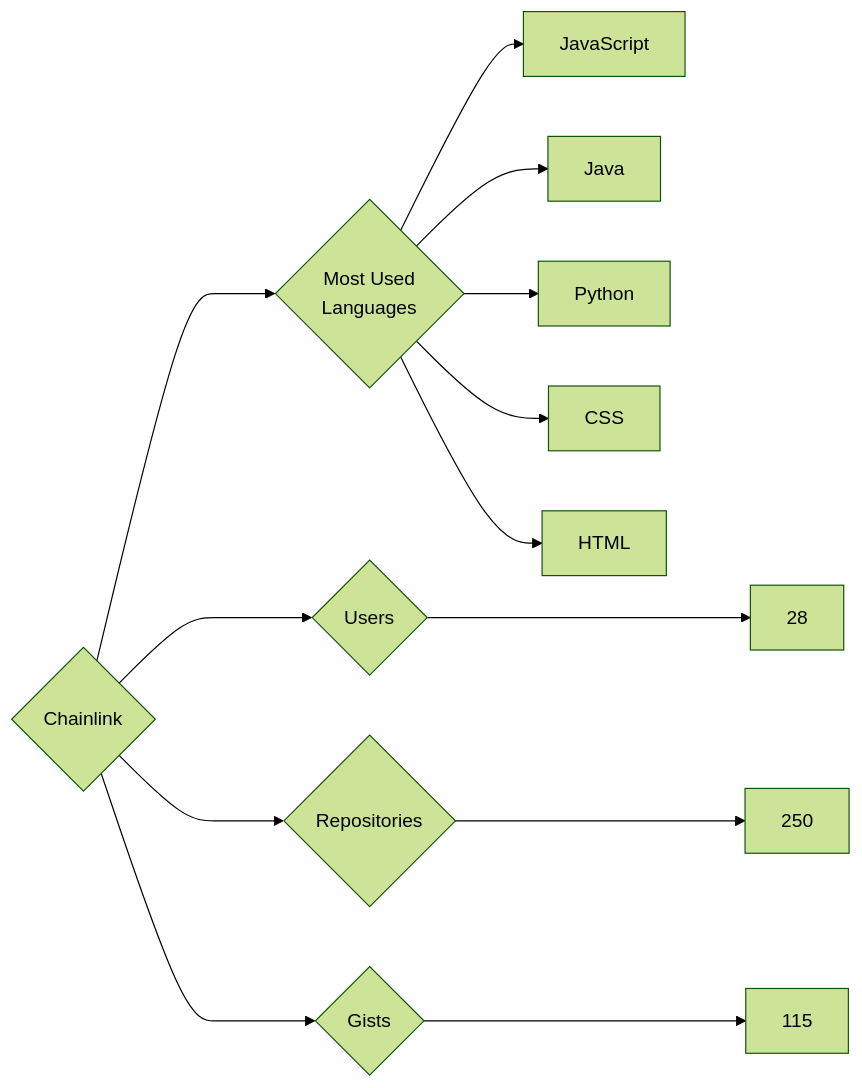
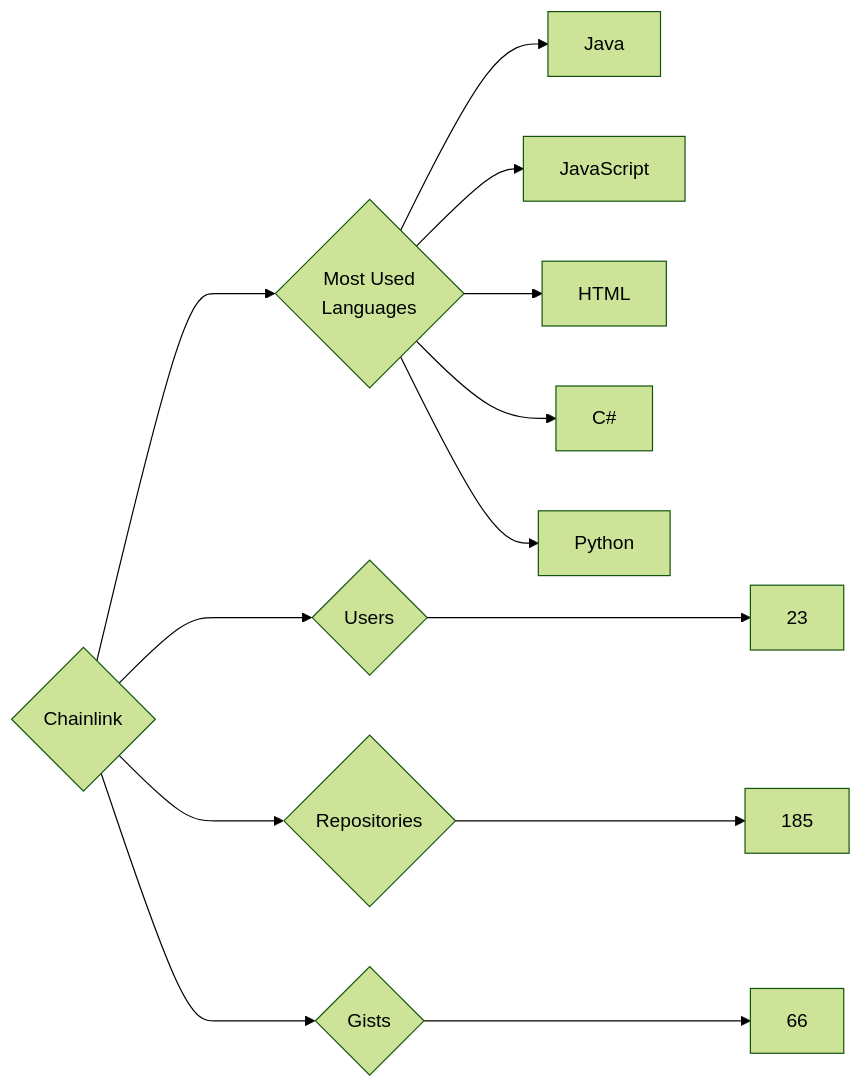
Before and after one commit to trickest/insiders: the diagram in targets/Chainlink/README.md, drawn with Mermaid (forest theme). The commit also changed 912 other files, not shown here.

````diff
--- a/targets/Chainlink/README.md
+++ b/targets/Chainlink/README.md
@@ -3,13 +3,13 @@
 ```mermaid
 graph LR
 COMPANY_NAME{Chainlink}
-COMPANY_NAME ---> U{Users} ---> UN[28]
-COMPANY_NAME ---> R{Repositories} ---> RN[250]
-COMPANY_NAME ---> G{Gists} ---> GN[115]
+COMPANY_NAME ---> U{Users} ---> UN[23]
+COMPANY_NAME ---> R{Repositories} ---> RN[185]
+COMPANY_NAME ---> G{Gists} ---> GN[66]
 COMPANY_NAME ---> ML{Most Used<br>Languages}
+ML --> Java[Java]
 ML --> JavaScript[JavaScript]
-ML --> Java[Java]
+ML --> HTML[HTML]
+ML --> C#[C#]
 ML --> Python[Python]
-ML --> CSS[CSS]
-ML --> HTML[HTML]
 ```
````
